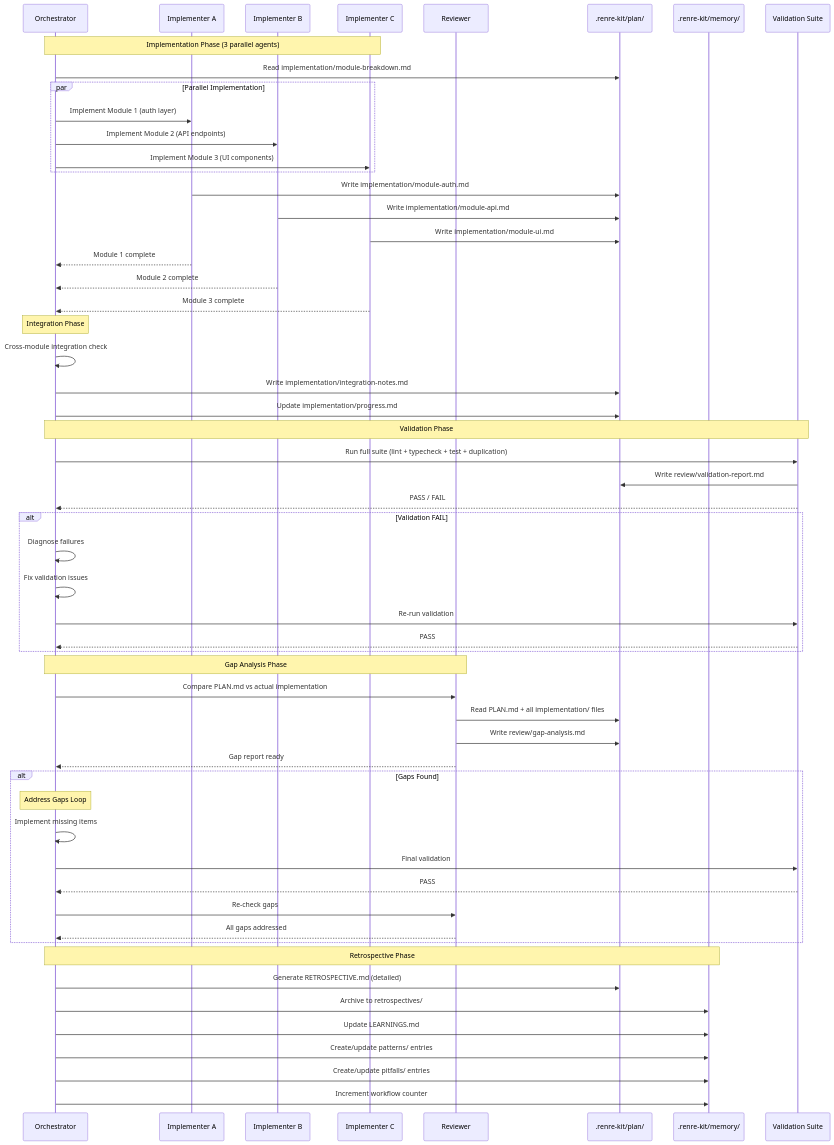
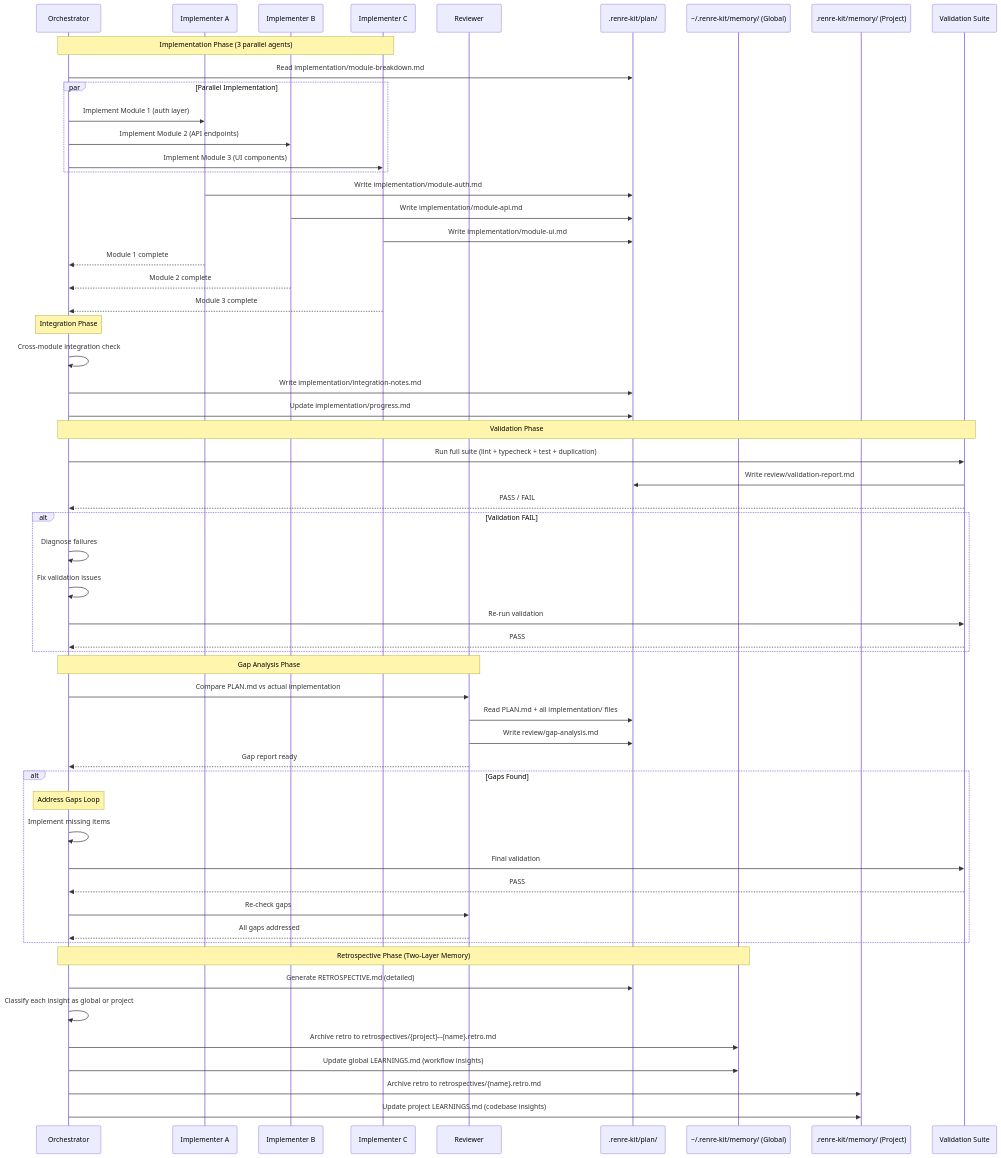
The fourth of 6 diagrams in renre-kit-architecture/diagrams/developer-workflow-seq.md (eskarlat/rex), drawn with Mermaid before and after one commit. The commit also changed other lines of this file and 2 other files, not shown here.

First line of the commit message:
docs: adopt two-layer memory model (global + project)

````diff
--- a/renre-kit-architecture/diagrams/developer-workflow-seq.md
+++ b/renre-kit-architecture/diagrams/developer-workflow-seq.md
@@ -211,65 +211,66 @@
 ```mermaid
 sequenceDiagram
     participant O as Orchestrator
     participant I1 as Implementer A
     participant I2 as Implementer B
     participant I3 as Implementer C
     participant RV as Reviewer
     participant FS as .renre-kit/plan/
-    participant M as .renre-kit/memory/
+    participant GM as ~/.renre-kit/memory/ (Global)
+    participant PM as .renre-kit/memory/ (Project)
     participant V as Validation Suite
 
     Note over O,I3: Implementation Phase (3 parallel agents)
     O->>FS: Read implementation/module-breakdown.md
     par Parallel Implementation
         O->>I1: Implement Module 1 (auth layer)
         O->>I2: Implement Module 2 (API endpoints)
         O->>I3: Implement Module 3 (UI components)
     end
     I1->>FS: Write implementation/module-auth.md
     I2->>FS: Write implementation/module-api.md
     I3->>FS: Write implementation/module-ui.md
     I1-->>O: Module 1 complete
     I2-->>O: Module 2 complete
     I3-->>O: Module 3 complete
 
     Note over O: Integration Phase
     O->>O: Cross-module integration check
     O->>FS: Write implementation/integration-notes.md
     O->>FS: Update implementation/progress.md
 
     Note over O,V: Validation Phase
     O->>V: Run full suite (lint + typecheck + test + duplication)
     V->>FS: Write review/validation-report.md
     V-->>O: PASS / FAIL
 
     alt Validation FAIL
         O->>O: Diagnose failures
         O->>O: Fix validation issues
         O->>V: Re-run validation
         V-->>O: PASS
     end
 
     Note over O,RV: Gap Analysis Phase
     O->>RV: Compare PLAN.md vs actual implementation
     RV->>FS: Read PLAN.md + all implementation/ files
     RV->>FS: Write review/gap-analysis.md
     RV-->>O: Gap report ready
 
     alt Gaps Found
         Note over O: Address Gaps Loop
         O->>O: Implement missing items
         O->>V: Final validation
         V-->>O: PASS
         O->>RV: Re-check gaps
         RV-->>O: All gaps addressed
     end
 
-    Note over O,M: Retrospective Phase
+    Note over O,GM: Retrospective Phase (Two-Layer Memory)
     O->>FS: Generate RETROSPECTIVE.md (detailed)
-    O->>M: Archive to retrospectives/
-    O->>M: Update LEARNINGS.md
-    O->>M: Create/update patterns/ entries
-    O->>M: Create/update pitfalls/ entries
-    O->>M: Increment workflow counter
+    O->>O: Classify each insight as global or project
+    O->>GM: Archive retro to retrospectives/{project}--{name}.retro.md
+    O->>GM: Update global LEARNINGS.md (workflow insights)
+    O->>PM: Archive retro to retrospectives/{name}.retro.md
+    O->>PM: Update project LEARNINGS.md (codebase insights)
 ```
````
